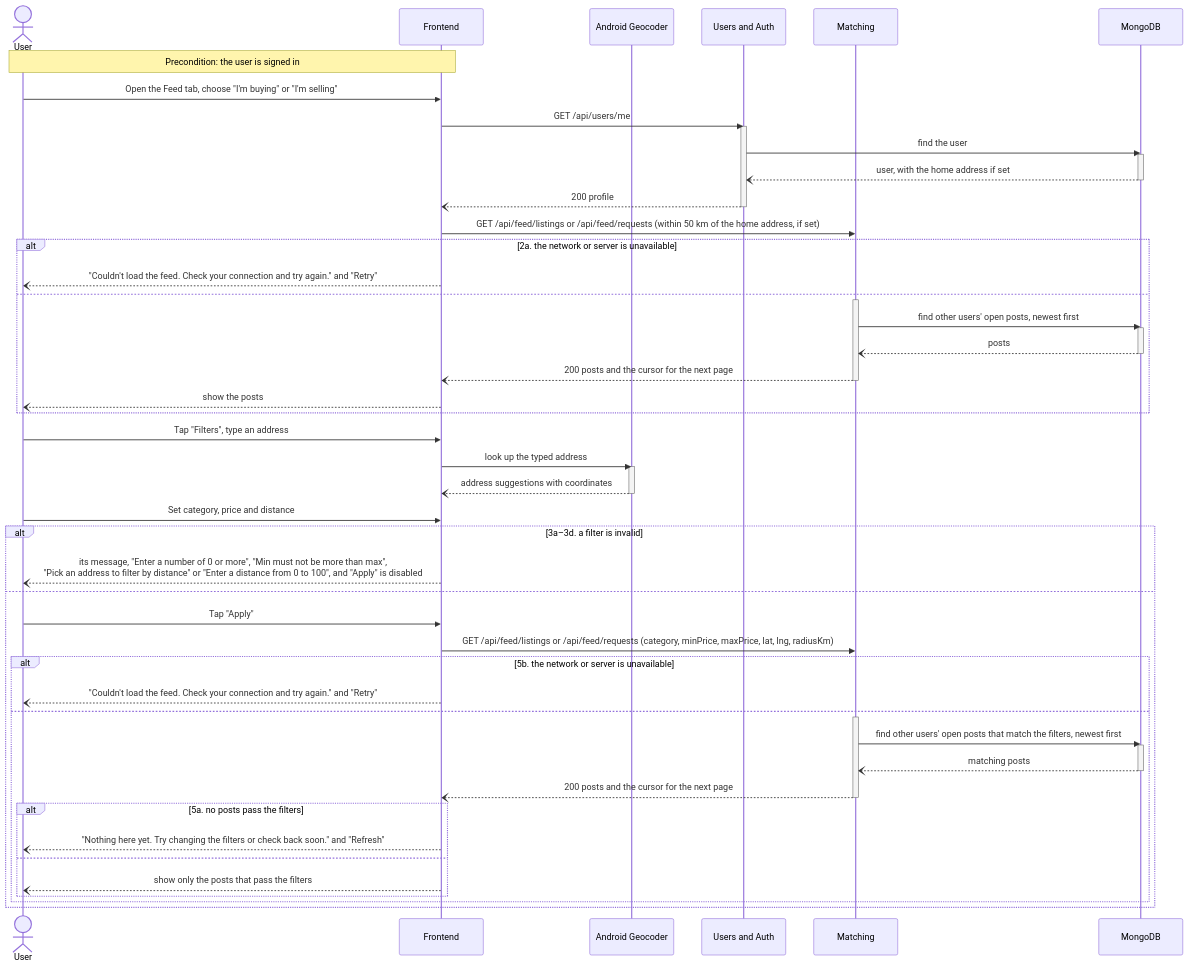
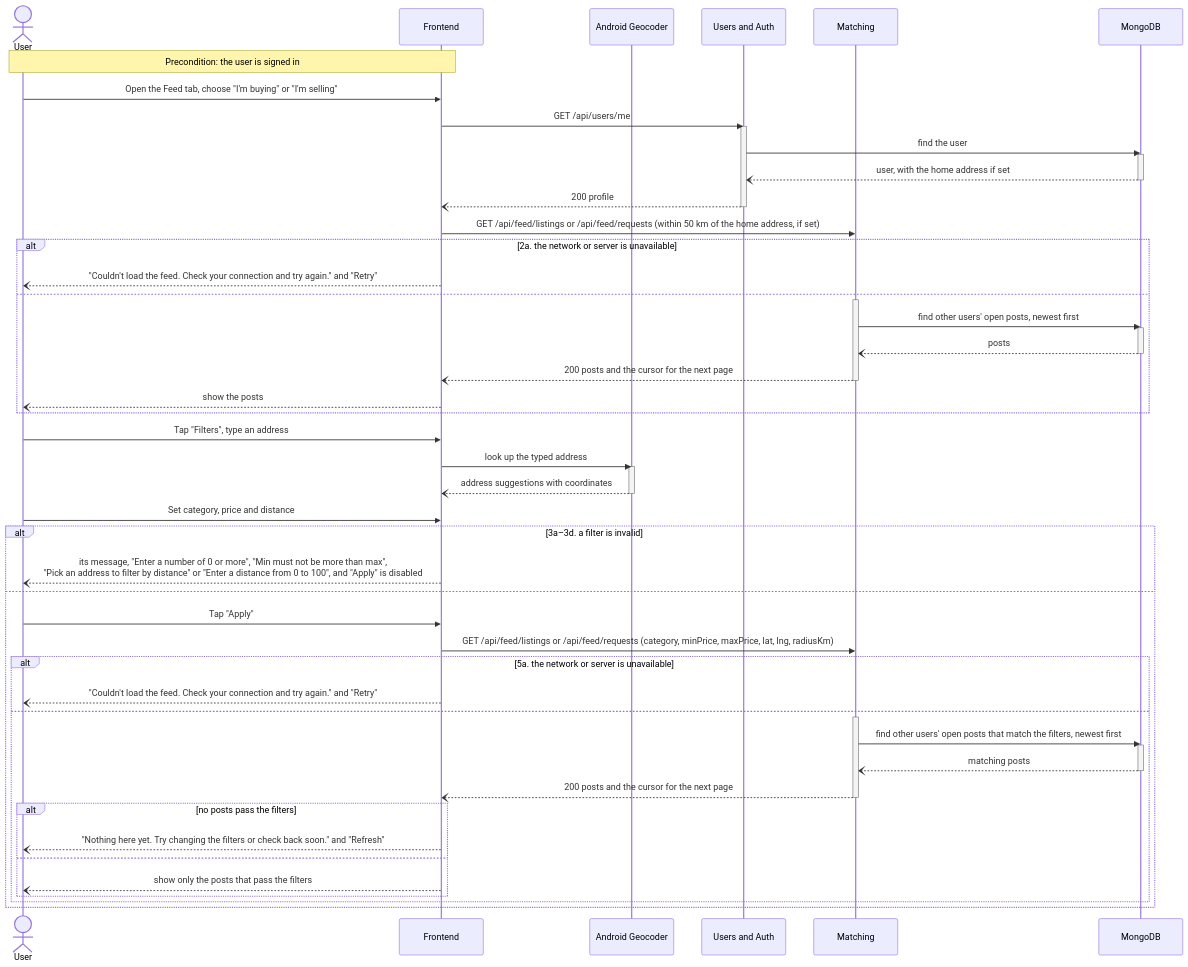
One commit to UBC-CPEN-V-321/W2026 changed the sixth of 6 diagrams in documentation/Requirements_and_Design.md. Above: the diagram before and after it, drawn with Mermaid. The commit also changed other lines of this file and 2 other files, not shown here.

````diff
--- a/documentation/Requirements_and_Design.md
+++ b/documentation/Requirements_and_Design.md
@@ -757,60 +800,60 @@
 ```mermaid
 sequenceDiagram
     actor U as User
     participant FE as Frontend
     participant GEO as Android Geocoder
     participant UA as Users and Auth
     participant M as Matching
     participant DB as MongoDB
     Note over U,FE: Precondition: the user is signed in
     U->>FE: Open the Feed tab, choose "I'm buying" or "I'm selling"
     FE->>UA: GET /api/users/me
     activate UA
     UA->>DB: find the user
     activate DB
     DB--)UA: user, with the home address if set
     deactivate DB
     UA--)FE: 200 profile
     deactivate UA
     FE->>M: GET /api/feed/listings or /api/feed/requests (within 50 km of the home address, if set)
     alt 2a. the network or server is unavailable
         FE--)U: "Couldn't load the feed. Check your connection and try again." and "Retry"
     else
         activate M
         M->>DB: find other users' open posts, newest first
         activate DB
         DB--)M: posts
         deactivate DB
         M--)FE: 200 posts and the cursor for the next page
         deactivate M
         FE--)U: show the posts
     end
     U->>FE: Tap "Filters", type an address
     FE->>GEO: look up the typed address
     activate GEO
     GEO--)FE: address suggestions with coordinates
     deactivate GEO
     U->>FE: Set category, price and distance
     alt 3a–3d. a filter is invalid
         FE--)U: its message, "Enter a number of 0 or more", "Min must not be more than max",<br/>"Pick an address to filter by distance" or "Enter a distance from 0 to 100", and "Apply" is disabled
     else
         U->>FE: Tap "Apply"
         FE->>M: GET /api/feed/listings or /api/feed/requests (category, minPrice, maxPrice, lat, lng, radiusKm)
-        alt 5b. the network or server is unavailable
+        alt 5a. the network or server is unavailable
             FE--)U: "Couldn't load the feed. Check your connection and try again." and "Retry"
         else
             activate M
             M->>DB: find other users' open posts that match the filters, newest first
             activate DB
             DB--)M: matching posts
             deactivate DB
             M--)FE: 200 posts and the cursor for the next page
             deactivate M
-            alt 5a. no posts pass the filters
+            alt no posts pass the filters
                 FE--)U: "Nothing here yet. Try changing the filters or check back soon." and "Refresh"
             else
                 FE--)U: show only the posts that pass the filters
             end
         end
     end
 ```
````
